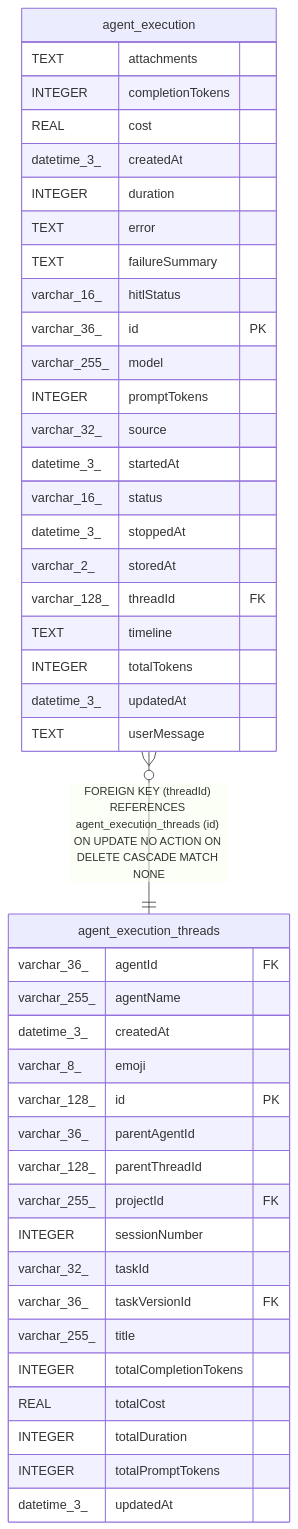
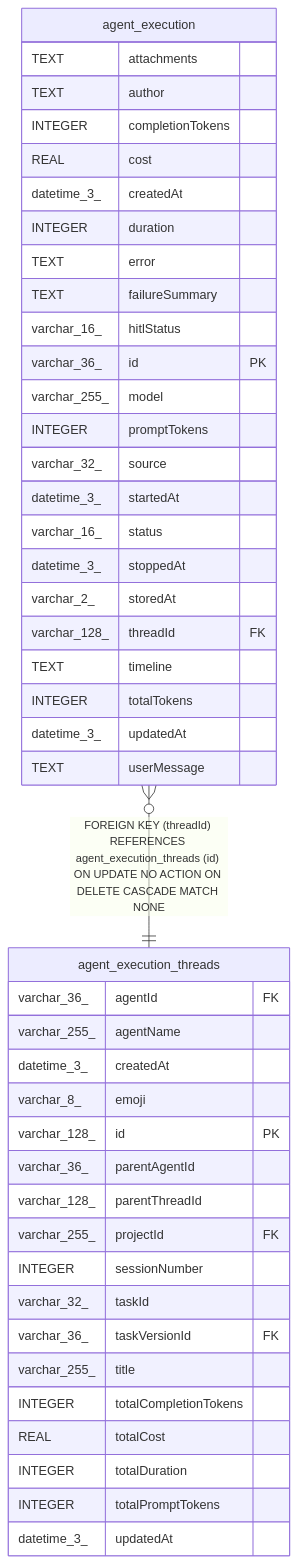
One commit to Tanishq-1/all-global-plugin changed the diagram in universal-plugin/backend/oss/n8n/docs/generated/sqlite-schema/agent_execution.md. Above: the diagram before and after it, drawn with Mermaid. The commit also changed other lines of this file and 3199 other files, not shown here.

````diff
--- a/universal-plugin/backend/oss/n8n/docs/generated/sqlite-schema/agent_execution.md
+++ b/universal-plugin/backend/oss/n8n/docs/generated/sqlite-schema/agent_execution.md
@@ -61,48 +62,49 @@
 ```mermaid
 erDiagram
 
 "agent_execution" }o--|| "agent_execution_threads" : "FOREIGN KEY (threadId) REFERENCES agent_execution_threads (id) ON UPDATE NO ACTION ON DELETE CASCADE MATCH NONE"
 
 "agent_execution" {
   TEXT attachments
+  TEXT author
   INTEGER completionTokens
   REAL cost
   datetime_3_ createdAt
   INTEGER duration
   TEXT error
   TEXT failureSummary
   varchar_16_ hitlStatus
   varchar_36_ id PK
   varchar_255_ model
   INTEGER promptTokens
   varchar_32_ source
   datetime_3_ startedAt
   varchar_16_ status
   datetime_3_ stoppedAt
   varchar_2_ storedAt
   varchar_128_ threadId FK
   TEXT timeline
   INTEGER totalTokens
   datetime_3_ updatedAt
   TEXT userMessage
 }
 "agent_execution_threads" {
   varchar_36_ agentId FK
   varchar_255_ agentName
   datetime_3_ createdAt
   varchar_8_ emoji
   varchar_128_ id PK
   varchar_36_ parentAgentId
   varchar_128_ parentThreadId
   varchar_255_ projectId FK
   INTEGER sessionNumber
   varchar_32_ taskId
   varchar_36_ taskVersionId FK
   varchar_255_ title
   INTEGER totalCompletionTokens
   REAL totalCost
   INTEGER totalDuration
   INTEGER totalPromptTokens
   datetime_3_ updatedAt
 }
 ```
````
